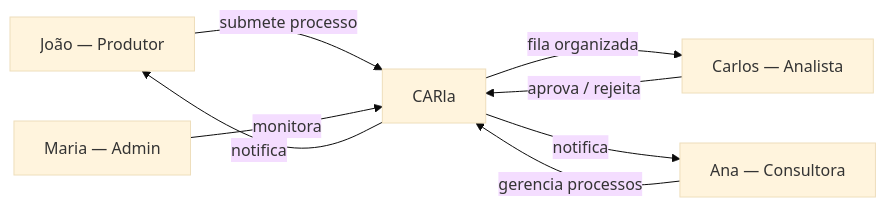
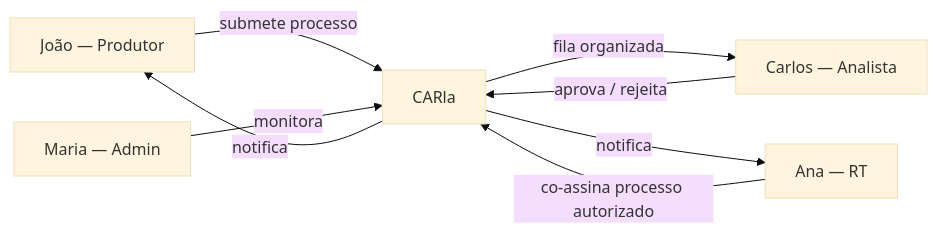
Before and after one commit to gresas/carla-cadastro-rural: the diagram in website/docs/produto/personas.md, drawn with Mermaid (base theme). The commit also changed other lines of this file and 14 other files, not shown here.

````diff
--- a/website/docs/produto/personas.md
+++ b/website/docs/produto/personas.md
@@ -99,10 +95,10 @@
 ```mermaid
 graph LR
     J[João — Produtor] -->|submete processo| C[CARla]
-    A[Ana — Consultora] -->|gerencia processos| C
+    A[Ana — RT] -->|co-assina processo autorizado| C
     C -->|fila organizada| K[Carlos — Analista]
     K -->|aprova / rejeita| C
     C -->|notifica| J
     C -->|notifica| A
     M[Maria — Admin] -->|monitora| C
 ```
````
